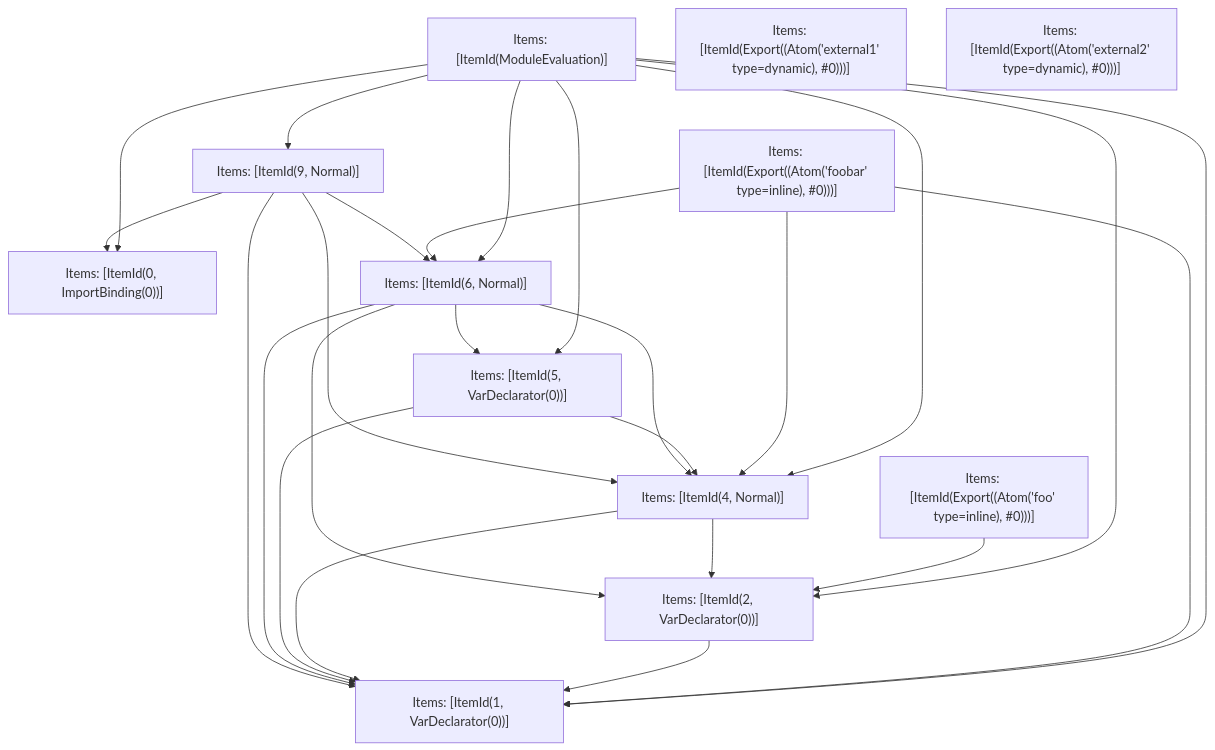
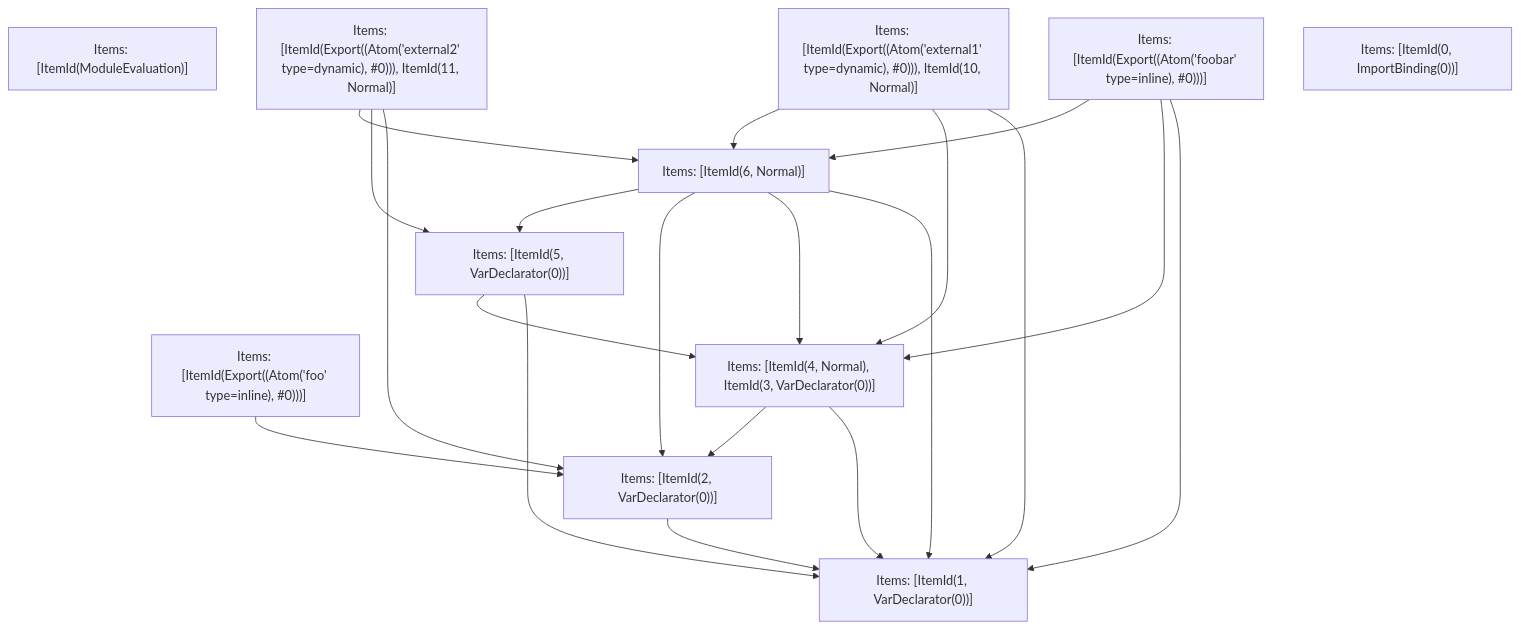
Before and after one commit to vercel/turborepo: the fifth of 5 diagrams in crates/turbopack-ecmascript/tests/tree-shaker/analyzer/1/output.md, drawn with Mermaid. The commit also changed other lines of this file and 3 other files, not shown here.

````diff
--- a/crates/turbopack-ecmascript/tests/tree-shaker/analyzer/1/output.md
+++ b/crates/turbopack-ecmascript/tests/tree-shaker/analyzer/1/output.md
@@ -352,39 +341,33 @@
 ```mermaid
 graph TD
     N0["Items: [ItemId(ModuleEvaluation)]"];
     N1["Items: [ItemId(Export((Atom('foobar' type=inline), #0)))]"];
     N2["Items: [ItemId(Export((Atom('foo' type=inline), #0)))]"];
-    N3["Items: [ItemId(Export((Atom('external1' type=dynamic), #0)))]"];
-    N4["Items: [ItemId(Export((Atom('external2' type=dynamic), #0)))]"];
+    N3["Items: [ItemId(Export((Atom('external1' type=dynamic), #0))), ItemId(10, Normal)]"];
+    N4["Items: [ItemId(Export((Atom('external2' type=dynamic), #0))), ItemId(11, Normal)]"];
     N5["Items: [ItemId(0, ImportBinding(0))]"];
     N6["Items: [ItemId(1, VarDeclarator(0))]"];
     N7["Items: [ItemId(2, VarDeclarator(0))]"];
-    N8["Items: [ItemId(4, Normal)]"];
+    N8["Items: [ItemId(4, Normal), ItemId(3, VarDeclarator(0))]"];
     N9["Items: [ItemId(5, VarDeclarator(0))]"];
     N10["Items: [ItemId(6, Normal)]"];
-    N11["Items: [ItemId(9, Normal)]"];
-    N0 --> N5;
-    N0 --> N6;
-    N0 --> N8;
-    N0 --> N10;
-    N0 --> N7;
-    N0 --> N9;
-    N0 --> N11;
     N1 --> N6;
     N1 --> N8;
     N1 --> N10;
     N2 --> N7;
+    N3 --> N6;
+    N3 --> N8;
+    N3 --> N10;
+    N4 --> N7;
+    N4 --> N9;
+    N4 --> N10;
     N7 --> N6;
     N8 --> N6;
     N8 --> N7;
     N9 --> N6;
     N9 --> N8;
     N10 --> N6;
     N10 --> N8;
     N10 --> N7;
     N10 --> N9;
-    N11 --> N5;
-    N11 --> N6;
-    N11 --> N8;
-    N11 --> N10;
 ```
````
